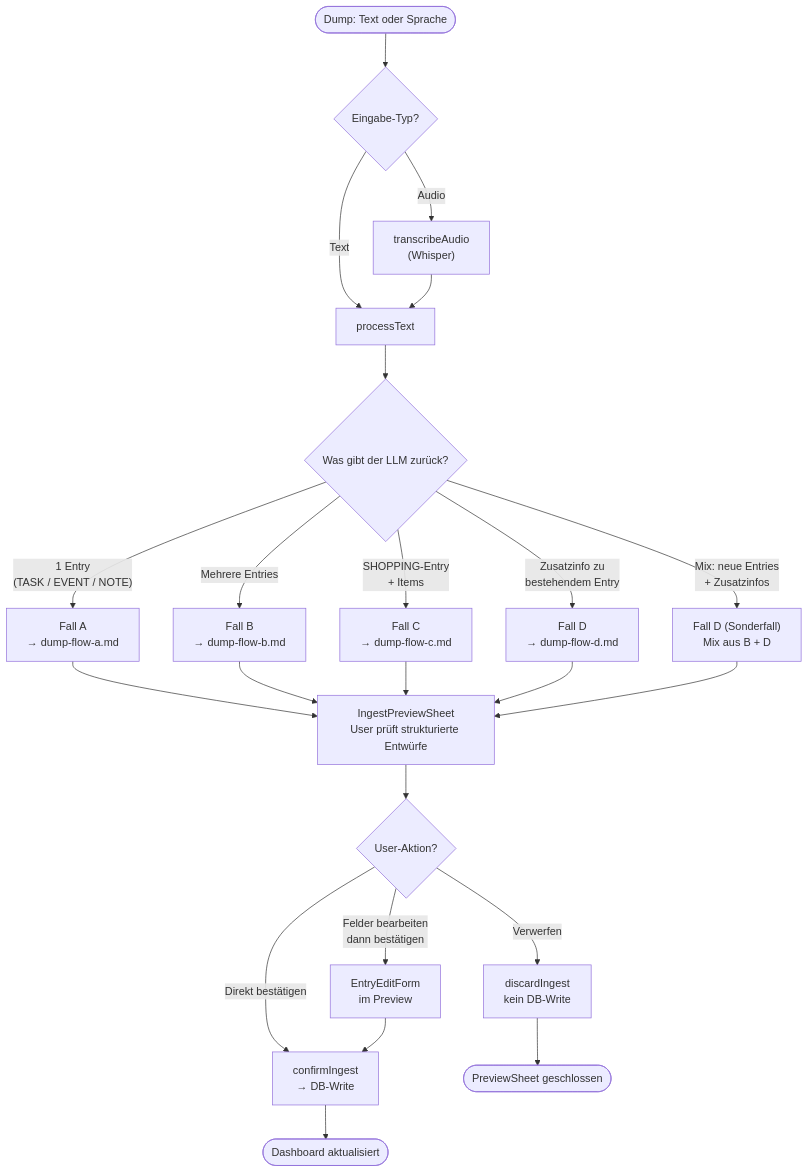
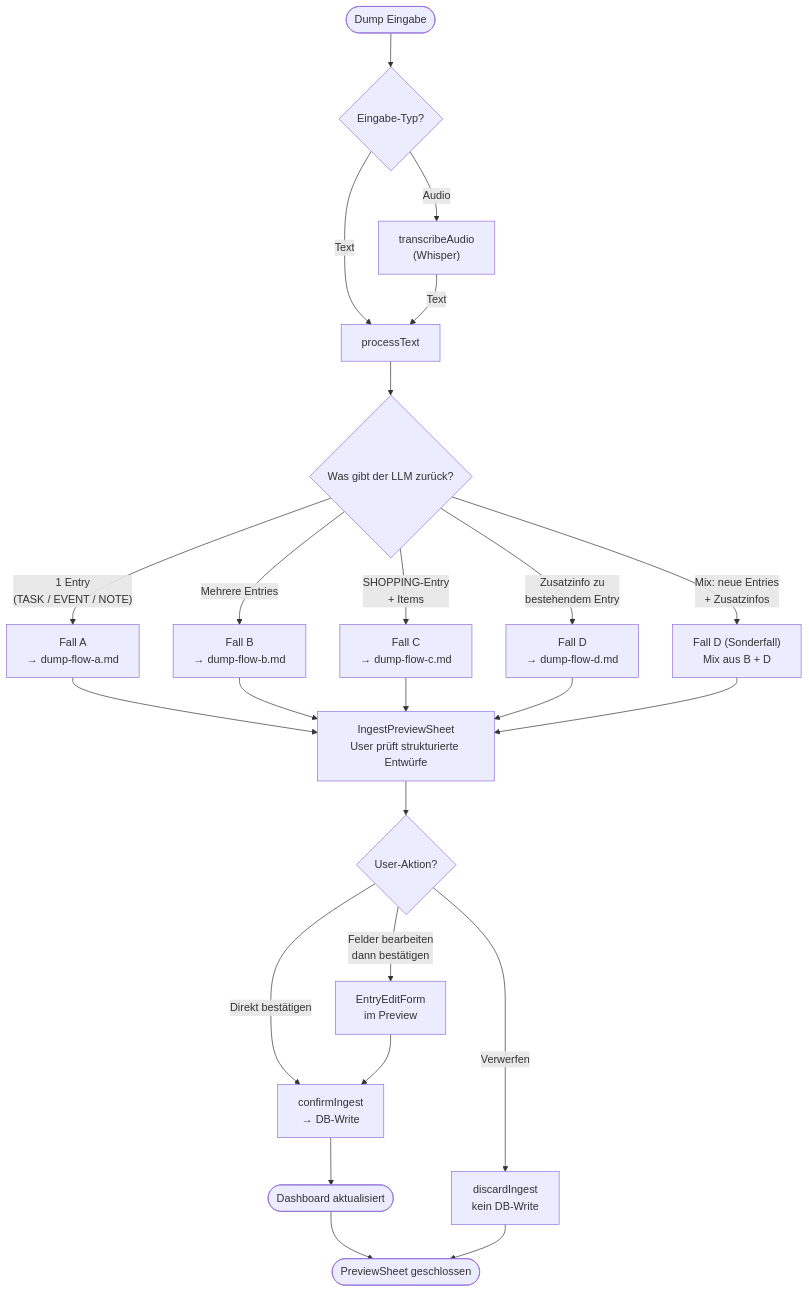
Before and after one commit to mrLevvis/braindump-pwa: the diagram in docs/DIAGRAMS/dump-flow-overview.md, drawn with Mermaid. The commit also changed other lines of this file and 1 other file, not shown here.

First line of the commit message:
docs(diagrams): Referenztabellen mit Funktionen und Pfaden ergänzt

````diff
--- a/docs/DIAGRAMS/dump-flow-overview.md
+++ b/docs/DIAGRAMS/dump-flow-overview.md
@@ -6,28 +6,29 @@
 ```mermaid
 flowchart TD
-    START([Dump: Text oder Sprache]) --> INPUT_TYPE{Eingabe-Typ?}
+    START([Dump Eingabe]) --> INPUT_TYPE{Eingabe-Typ?}
 
     INPUT_TYPE -- Text --> PROCESS[processText]
     INPUT_TYPE -- Audio --> TRANSCRIBE["transcribeAudio\n(Whisper)"]
-    TRANSCRIBE --> PROCESS
+    TRANSCRIBE -- Text --> PROCESS
 
     PROCESS --> LLM_RESULT{Was gibt der LLM zurück?}
 
     LLM_RESULT -- "1 Entry\n(TASK / EVENT / NOTE)" --> CASE_A["Fall A\n→ dump-flow-a.md"]
     LLM_RESULT -- "Mehrere Entries" --> CASE_B["Fall B\n→ dump-flow-b.md"]
     LLM_RESULT -- "SHOPPING-Entry\n+ Items" --> CASE_C["Fall C\n→ dump-flow-c.md"]
     LLM_RESULT -- "Zusatzinfo zu\nbestehendem Entry" --> CASE_D["Fall D\n→ dump-flow-d.md"]
     LLM_RESULT -- "Mix: neue Entries\n+ Zusatzinfos" --> CASE_MIX["Fall D (Sonderfall)\nMix aus B + D"]
 
     CASE_A & CASE_B & CASE_C & CASE_D & CASE_MIX --> PREVIEW["IngestPreviewSheet\nUser prüft strukturierte Entwürfe"]
 
     PREVIEW --> USER_ACTION{User-Aktion?}
 
     USER_ACTION -- "Direkt bestätigen" --> CONFIRM["confirmIngest\n→ DB-Write"]
     USER_ACTION -- "Felder bearbeiten\ndann bestätigen" --> EDIT["EntryEditForm\nim Preview"]
     EDIT --> CONFIRM
     USER_ACTION -- "Verwerfen" --> DISCARD["discardIngest\nkein DB-Write"]
 
-    CONFIRM --> DONE([Dashboard aktualisiert])
-    DISCARD --> DONE_DISCARD([PreviewSheet geschlossen])
+    CONFIRM --> UPDATED_DASHBOARD([Dashboard aktualisiert])
+    UPDATED_DASHBOARD --> CLOSE([PreviewSheet geschlossen])
+    DISCARD --> CLOSE
 ```
````
